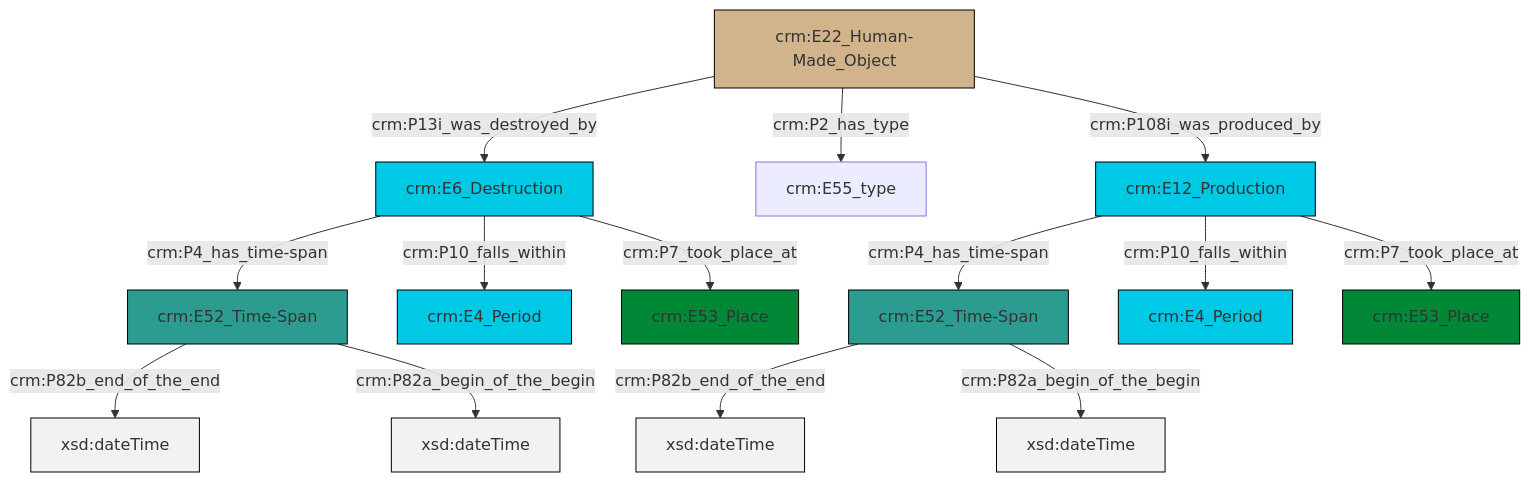
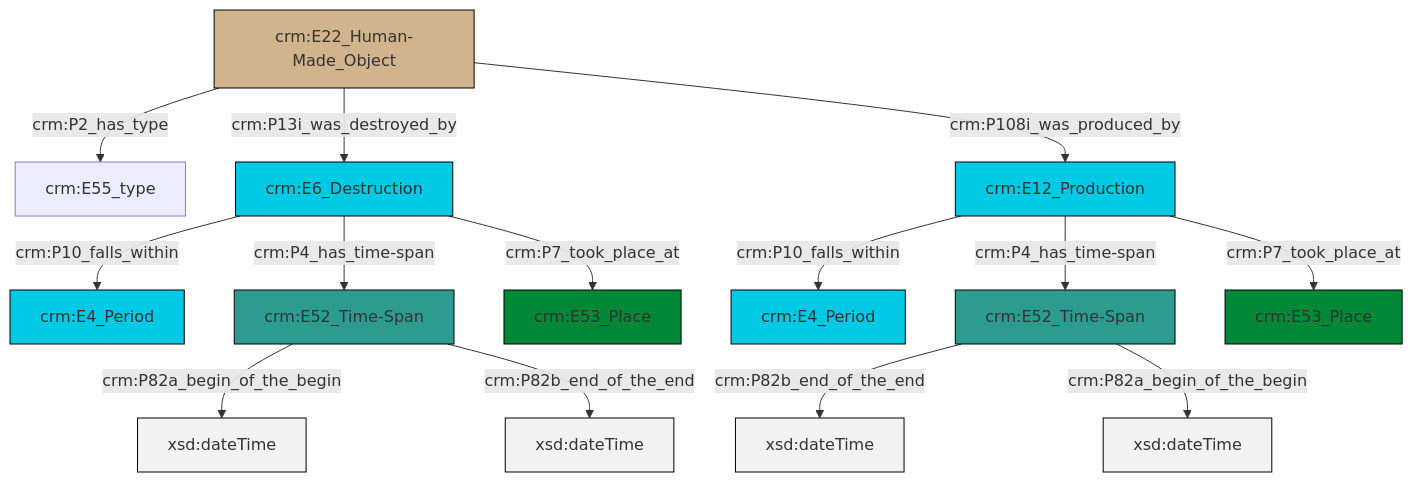
Before and after one commit to swiss-art-research-net/reference-data-models: the diagram in et/builtWorkCSV/ttl/mmd/Built_Work_existence.ttl.mmd, drawn with Mermaid. The commit also changed 128 other files, not shown here.

```diff
--- a/et/builtWorkCSV/ttl/mmd/Built_Work_existence.ttl.mmd
+++ b/et/builtWorkCSV/ttl/mmd/Built_Work_existence.ttl.mmd
@@ -1,28 +1,28 @@
 graph TD
 classDef Literal fill:#f2f2f2,stroke:#000000;
 classDef CRM_Entity fill:#FFFFFF,stroke:#000000;
 classDef Temporal_Entity fill:#00C9E6, stroke:#000000;
 classDef Type fill:#E18312, stroke:#000000;
 classDef Time-Span fill:#2C9C91, stroke:#000000;
 classDef Appellation fill:#FFEB7F, stroke:#000000;
 classDef Place fill:#008836, stroke:#000000;
 classDef Persistent_Item fill:#B266B2, stroke:#000000;
 classDef Conceptual_Object fill:#FFD700, stroke:#000000;
 classDef Physical_Thing fill:#D2B48C, stroke:#000000;
 classDef Actor fill:#f58aad, stroke:#000000;
 classDef PC_Classes fill:#4ce600, stroke:#000000;
 classDef Multi fill:#cccccc,stroke:#000000;
 
-0["crm:E52_Time-Span"]:::Time-Span -->|crm:P82b_end_of_the_end| 1[xsd:dateTime]:::Literal
-2["crm:E6_Destruction"]:::Temporal_Entity -->|crm:P10_falls_within| 3["crm:E4_Period"]:::Temporal_Entity
-4["crm:E22_Human-Made_Object"]:::Physical_Thing -->|crm:P2_has_type| 5["crm:E55_type"]:::Default
-2["crm:E6_Destruction"]:::Temporal_Entity -->|crm:P7_took_place_at| 6["crm:E53_Place"]:::Place
-4["crm:E22_Human-Made_Object"]:::Physical_Thing -->|crm:P13i_was_destroyed_by| 2["crm:E6_Destruction"]:::Temporal_Entity
-4["crm:E22_Human-Made_Object"]:::Physical_Thing -->|crm:P108i_was_produced_by| 7["crm:E12_Production"]:::Temporal_Entity
-0["crm:E52_Time-Span"]:::Time-Span -->|crm:P82a_begin_of_the_begin| 11[xsd:dateTime]:::Literal
-8["crm:E52_Time-Span"]:::Time-Span -->|crm:P82b_end_of_the_end| 12[xsd:dateTime]:::Literal
-7["crm:E12_Production"]:::Temporal_Entity -->|crm:P4_has_time-span| 0["crm:E52_Time-Span"]:::Time-Span
-8["crm:E52_Time-Span"]:::Time-Span -->|crm:P82a_begin_of_the_begin| 15[xsd:dateTime]:::Literal
-7["crm:E12_Production"]:::Temporal_Entity -->|crm:P7_took_place_at| 18["crm:E53_Place"]:::Place
-2["crm:E6_Destruction"]:::Temporal_Entity -->|crm:P4_has_time-span| 8["crm:E52_Time-Span"]:::Time-Span
-7["crm:E12_Production"]:::Temporal_Entity -->|crm:P10_falls_within| 16["crm:E4_Period"]:::Temporal_Entity
+0["crm:E22_Human-Made_Object"]:::Physical_Thing -->|crm:P2_has_type| 1["crm:E55_type"]:::Default
+2["crm:E52_Time-Span"]:::Time-Span -->|crm:P82b_end_of_the_end| 3[xsd:dateTime]:::Literal
+4["crm:E12_Production"]:::Temporal_Entity -->|crm:P10_falls_within| 5["crm:E4_Period"]:::Temporal_Entity
+12["crm:E52_Time-Span"]:::Time-Span -->|crm:P82a_begin_of_the_begin| 13[xsd:dateTime]:::Literal
+2["crm:E52_Time-Span"]:::Time-Span -->|crm:P82a_begin_of_the_begin| 14[xsd:dateTime]:::Literal
+4["crm:E12_Production"]:::Temporal_Entity -->|crm:P4_has_time-span| 2["crm:E52_Time-Span"]:::Time-Span
+7["crm:E6_Destruction"]:::Temporal_Entity -->|crm:P10_falls_within| 10["crm:E4_Period"]:::Temporal_Entity
+0["crm:E22_Human-Made_Object"]:::Physical_Thing -->|crm:P13i_was_destroyed_by| 7["crm:E6_Destruction"]:::Temporal_Entity
+7["crm:E6_Destruction"]:::Temporal_Entity -->|crm:P4_has_time-span| 12["crm:E52_Time-Span"]:::Time-Span
+12["crm:E52_Time-Span"]:::Time-Span -->|crm:P82b_end_of_the_end| 20[xsd:dateTime]:::Literal
+4["crm:E12_Production"]:::Temporal_Entity -->|crm:P7_took_place_at| 18["crm:E53_Place"]:::Place
+0["crm:E22_Human-Made_Object"]:::Physical_Thing -->|crm:P108i_was_produced_by| 4["crm:E12_Production"]:::Temporal_Entity
+7["crm:E6_Destruction"]:::Temporal_Entity -->|crm:P7_took_place_at| 16["crm:E53_Place"]:::Place
```
